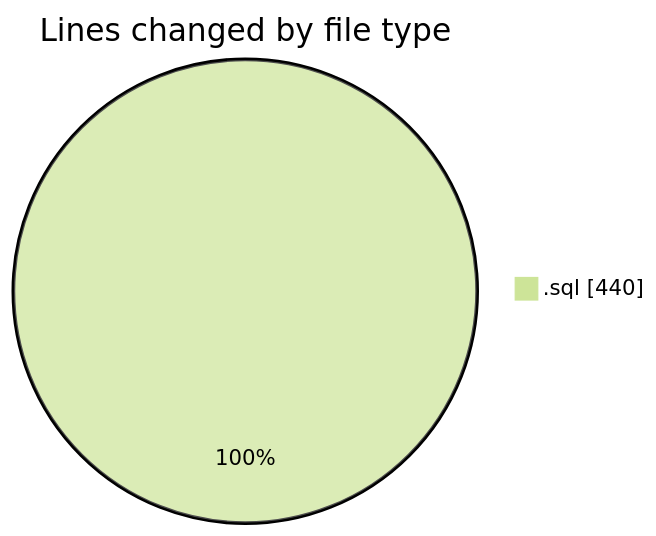
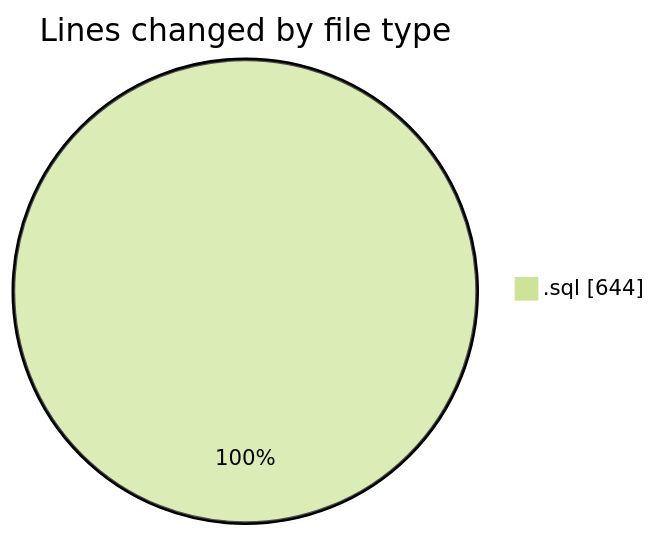
The first of 2 diagrams in 2025-09-17/leeapp/README.md (lephambinh05/code-tracking), drawn with Mermaid (forest theme) before and after one commit. The commit also changed other lines of this file and 1 other file, not shown here.

````diff
--- a/2025-09-17/leeapp/README.md
+++ b/2025-09-17/leeapp/README.md
@@ -20,5 +21,5 @@
 ```mermaid
 pie showData
 title Lines changed by file type
-".sql" : 440
+".sql" : 644
 ```
````
